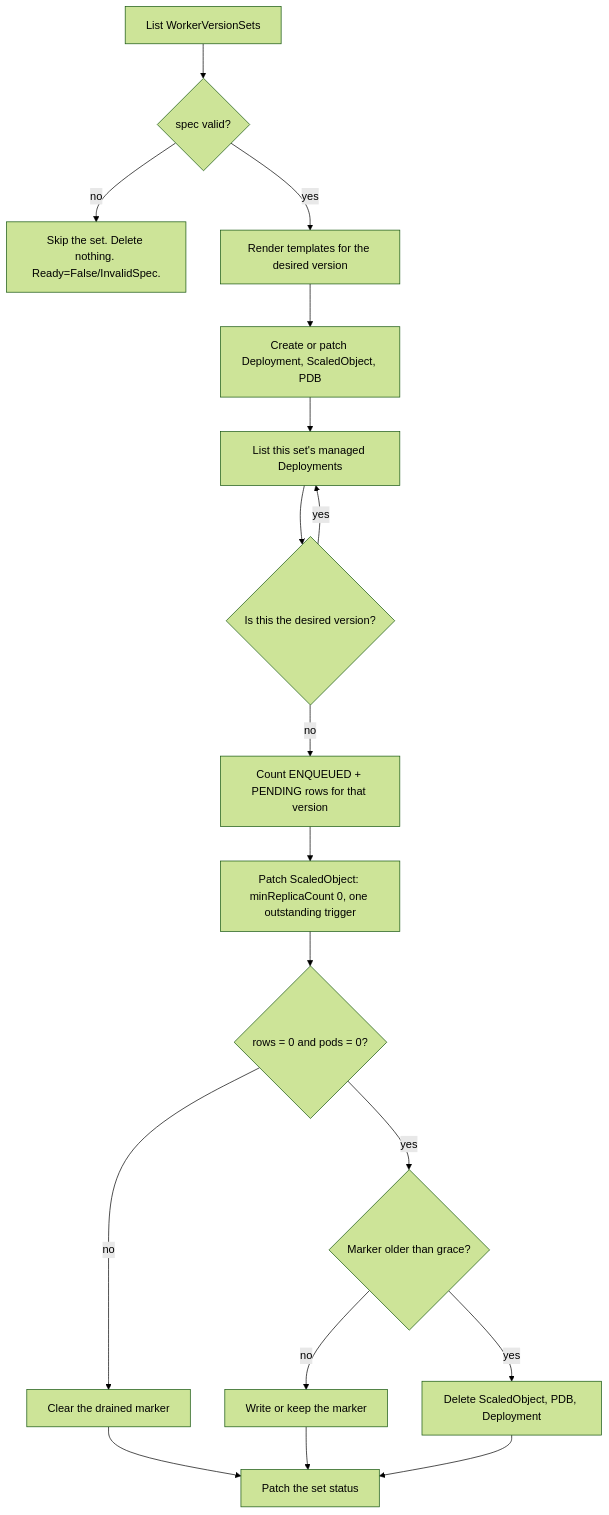
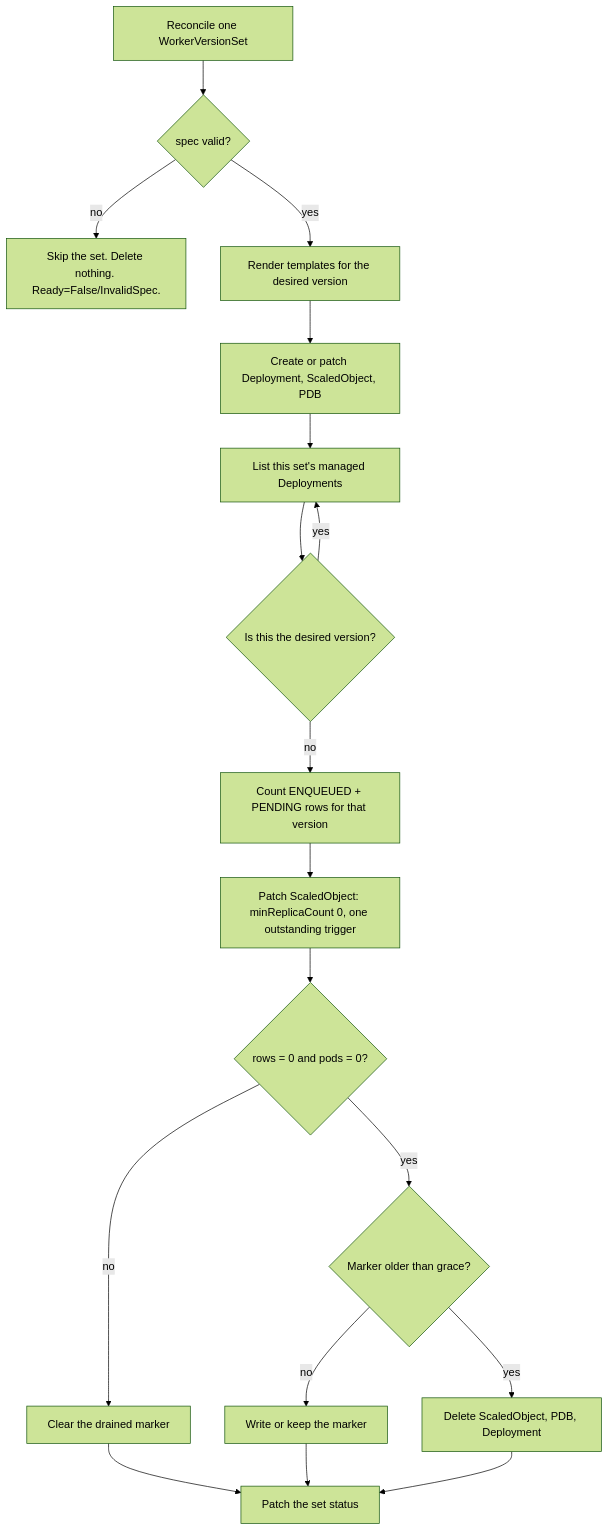
Before and after one commit to trustle/dbos-version-controller: the diagram in README.md, drawn with Mermaid (forest theme). The commit also changed other lines of this file and 61 other files, not shown here.

````diff
--- a/README.md
+++ b/README.md
@@ -59,20 +63,20 @@
 ```mermaid
 flowchart TD
-    A[List WorkerVersionSets] --> B{spec valid?}
+    A[Reconcile one WorkerVersionSet] --> B{spec valid?}
     B -- no --> Z[Skip the set. Delete nothing. Ready=False/InvalidSpec.]
     B -- yes --> C[Render templates for the desired version]
     C --> D[Create or patch Deployment, ScaledObject, PDB]
     D --> E[List this set's managed Deployments]
     E --> F{Is this the desired version?}
     F -- yes --> E
     F -- no --> G[Count ENQUEUED + PENDING rows for that version]
     G --> H[Patch ScaledObject: minReplicaCount 0, one outstanding trigger]
     H --> I{rows = 0 and pods = 0?}
     I -- no --> J[Clear the drained marker]
     I -- yes --> K{Marker older than grace?}
     K -- no --> L[Write or keep the marker]
     K -- yes --> M[Delete ScaledObject, PDB, Deployment]
     J --> N[Patch the set status]
     L --> N
     M --> N
 ```
````
